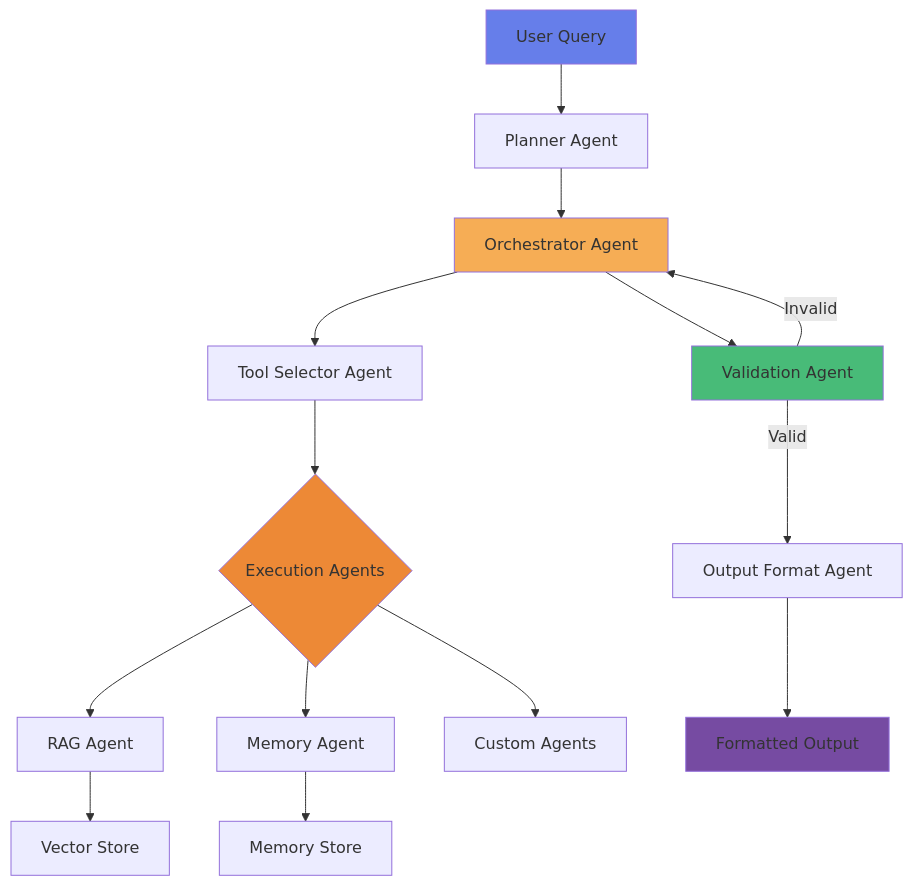
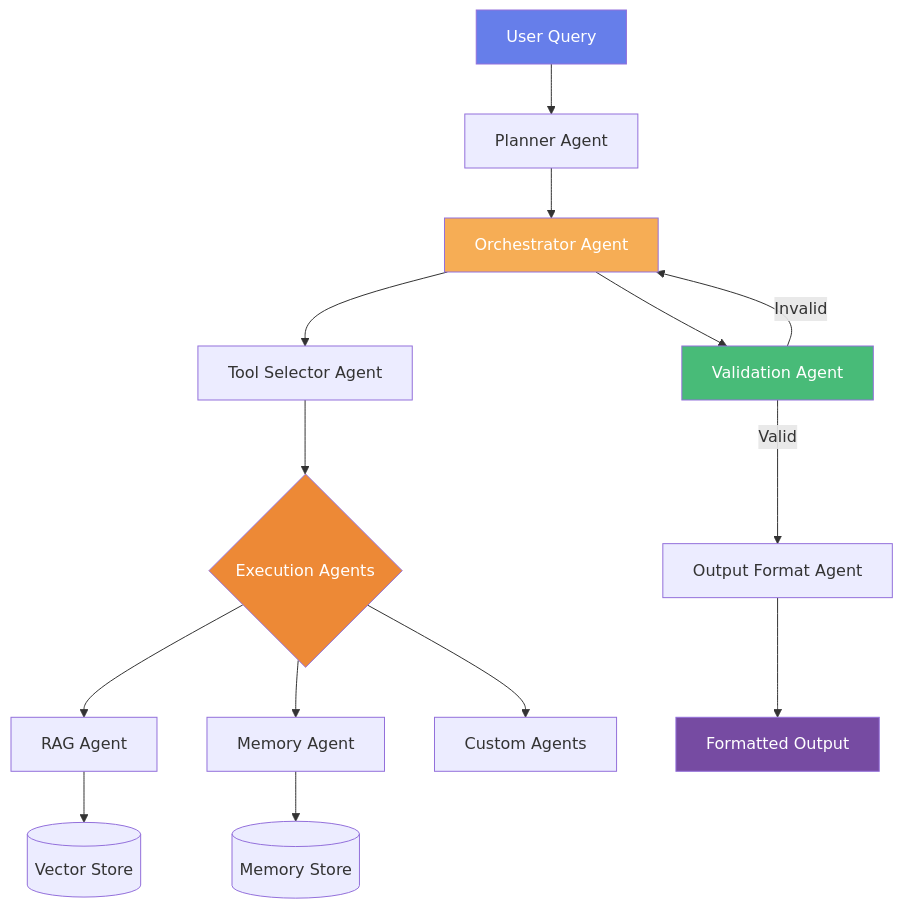
One commit to TengHoo3/solid-agents-framework changed the diagram in README.md. Above: the diagram before and after it, drawn with Mermaid.

````diff
--- a/README.md
+++ b/README.md
@@ -60,22 +60,26 @@
 ```mermaid
 graph TD
     A[User Query] --> B[Planner Agent]
     B --> C[Orchestrator Agent]
     C --> D[Tool Selector Agent]
     D --> E{Execution Agents}
+    
     E --> F[RAG Agent]
     E --> G[Memory Agent]
     E --> H[Custom Agents]
-    F --> I[Vector Store]
-    G --> J[Memory Store]
+    
+    F --> I[(Vector Store)]
+    G --> J[(Memory Store)]
+    
     C --> K[Validation Agent]
-    K -->|Valid| L[Output Format Agent]
-    K -->|Invalid| C
+    K -- Valid --> L[Output Format Agent]
+    K -- Invalid --> C
+    
     L --> M[Formatted Output]
     
-    style A fill:#667eea
-    style M fill:#764ba2
-    style C fill:#f6ad55
-    style K fill:#48bb78
-    style E fill:#ed8936
+    style A fill:#667eea,color:#fff
+    style M fill:#764ba2,color:#fff
+    style C fill:#f6ad55,color:#fff
+    style K fill:#48bb78,color:#fff
+    style E fill:#ed8936,color:#fff
 ```
````
